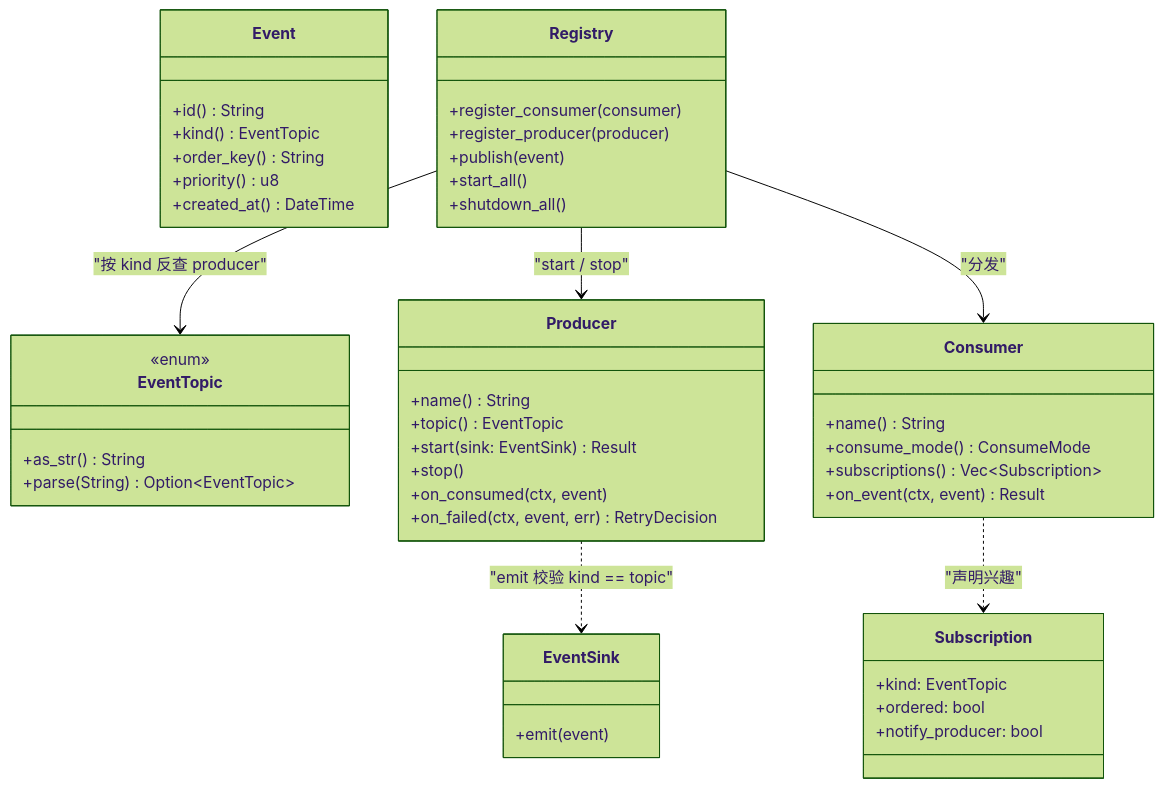
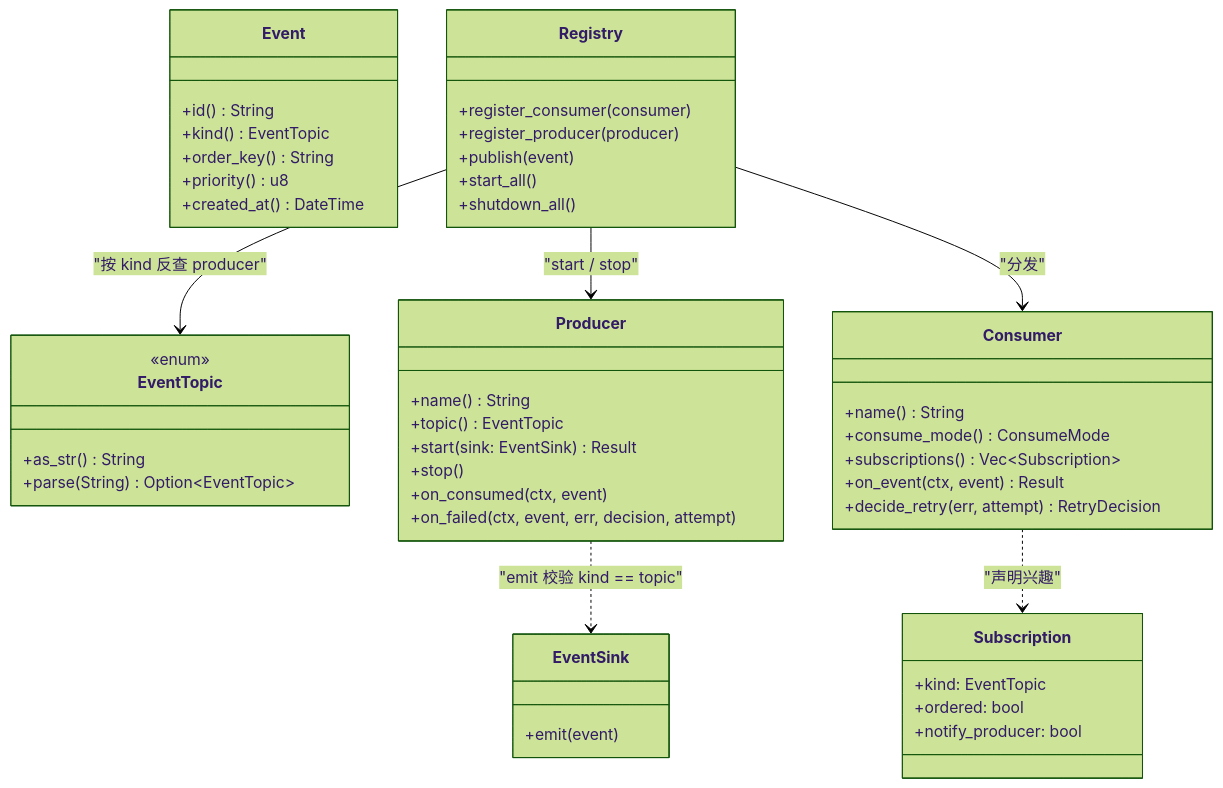
One commit to runningcoders/ai_orz changed the third of 8 diagrams in docs/wiki/zh/content/基础设施/基础设施.md. Above: the diagram before and after it, drawn with Mermaid (forest theme). The commit also changed other lines of this file and 28 other files, not shown here.

````diff
--- a/docs/wiki/zh/content/基础设施/基础设施.md
+++ b/docs/wiki/zh/content/基础设施/基础设施.md
@@ -150,49 +150,50 @@
 ```mermaid
 classDiagram
 class Event {
 +id() String
 +kind() EventTopic
 +order_key() String
 +priority() u8
 +created_at() DateTime
 }
 class EventTopic {
 <<enum>>
 +as_str() String
 +parse(String) Option~EventTopic~
 }
 class Producer {
 +name() String
 +topic() EventTopic
 +start(sink: EventSink) Result
 +stop()
 +on_consumed(ctx, event)
-+on_failed(ctx, event, err) RetryDecision
++on_failed(ctx, event, err, decision, attempt)
 }
 class Consumer {
 +name() String
 +consume_mode() ConsumeMode
 +subscriptions() Vec~Subscription~
 +on_event(ctx, event) Result
++decide_retry(err, attempt) RetryDecision
 }
 class Subscription {
 +kind: EventTopic
 +ordered: bool
 +notify_producer: bool
 }
 class EventSink {
 +emit(event)
 }
 class Registry {
 +register_consumer(consumer)
 +register_producer(producer)
 +publish(event)
 +start_all()
 +shutdown_all()
 }
 Registry --> EventTopic : "按 kind 反查 producer"
 Registry --> Producer : "start / stop"
 Registry --> Consumer : "分发"
 Producer ..> EventSink : "emit 校验 kind == topic"
 Consumer ..> Subscription : "声明兴趣"
 ```
````
